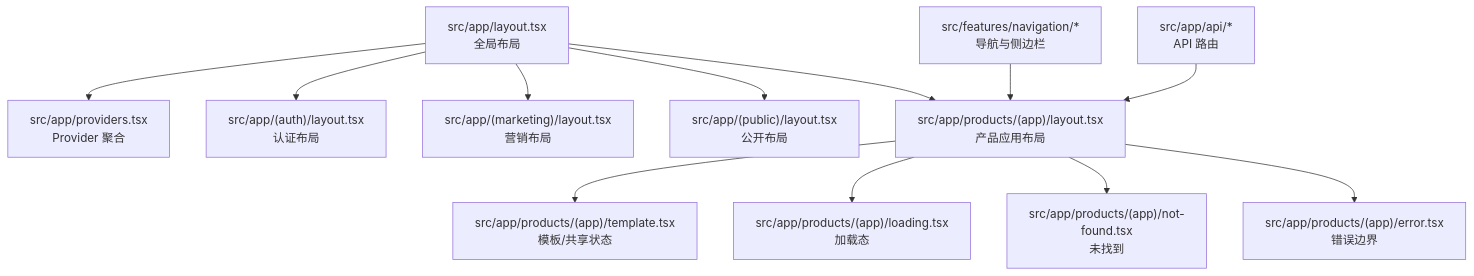
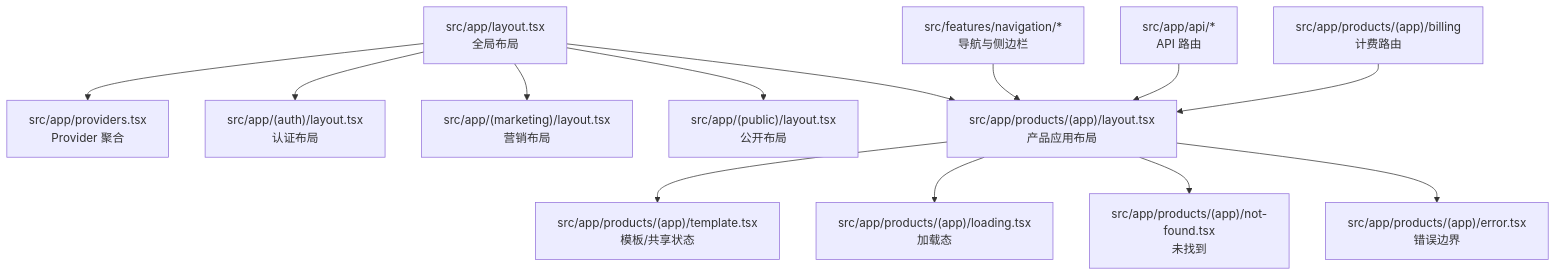
The first of 7 diagrams in .qoder/repowiki/zh/content/前端架构/导航与路由.md (scottcwy/PurpleInk), drawn with Mermaid before and after one commit. The commit also changed other lines of this file and 109 other files, not shown here.

````diff
--- a/.qoder/repowiki/zh/content/前端架构/导航与路由.md
+++ b/.qoder/repowiki/zh/content/前端架构/导航与路由.md
@@ -67,14 +77,15 @@
 ```mermaid
 graph TB
 A["src/app/layout.tsx<br/>全局布局"] --> B["src/app/providers.tsx<br/>Provider 聚合"]
 A --> C["src/app/(auth)/layout.tsx<br/>认证布局"]
 A --> D["src/app/(marketing)/layout.tsx<br/>营销布局"]
 A --> E["src/app/(public)/layout.tsx<br/>公开布局"]
 A --> F["src/app/products/(app)/layout.tsx<br/>产品应用布局"]
 F --> G["src/app/products/(app)/template.tsx<br/>模板/共享状态"]
 F --> H["src/app/products/(app)/loading.tsx<br/>加载态"]
 F --> I["src/app/products/(app)/not-found.tsx<br/>未找到"]
 F --> J["src/app/products/(app)/error.tsx<br/>错误边界"]
 K["src/features/navigation/*<br/>导航与侧边栏"] --> F
 L["src/app/api/*<br/>API 路由"] --> F
+M["src/app/products/(app)/billing<br/>计费路由"] --> F
 ```
````
